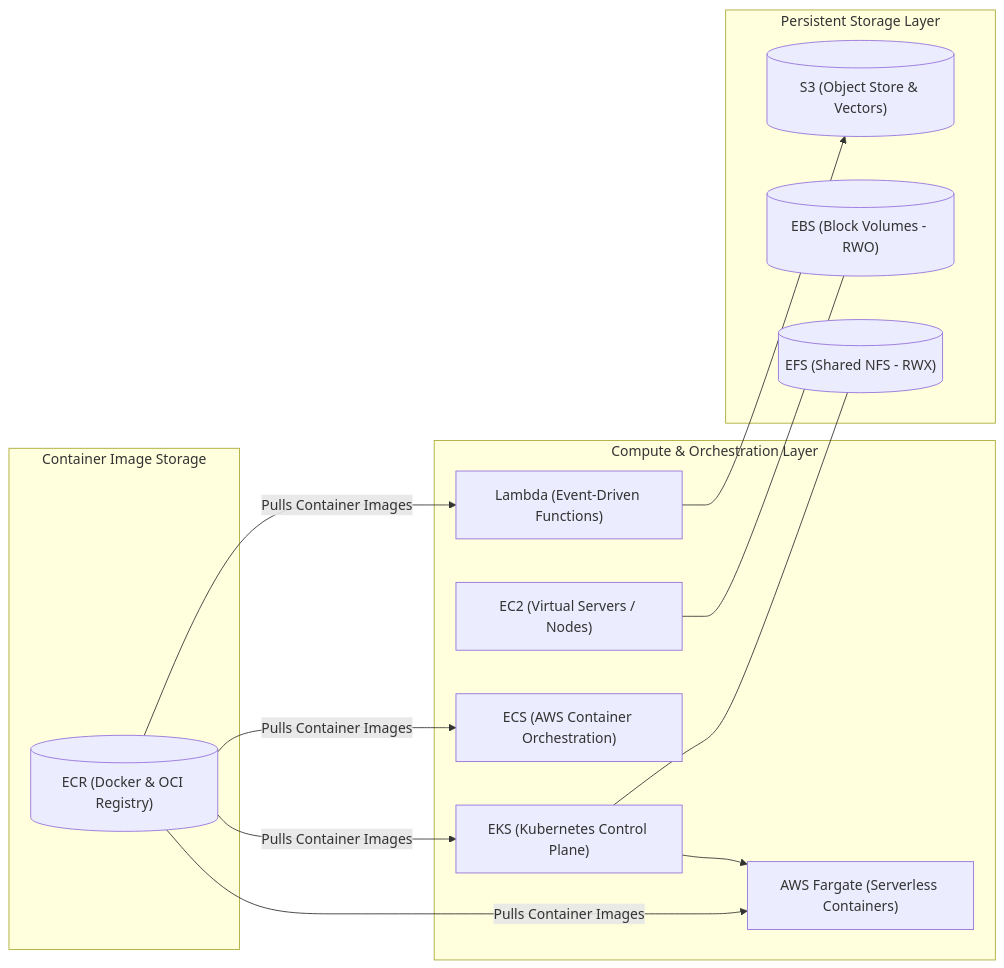
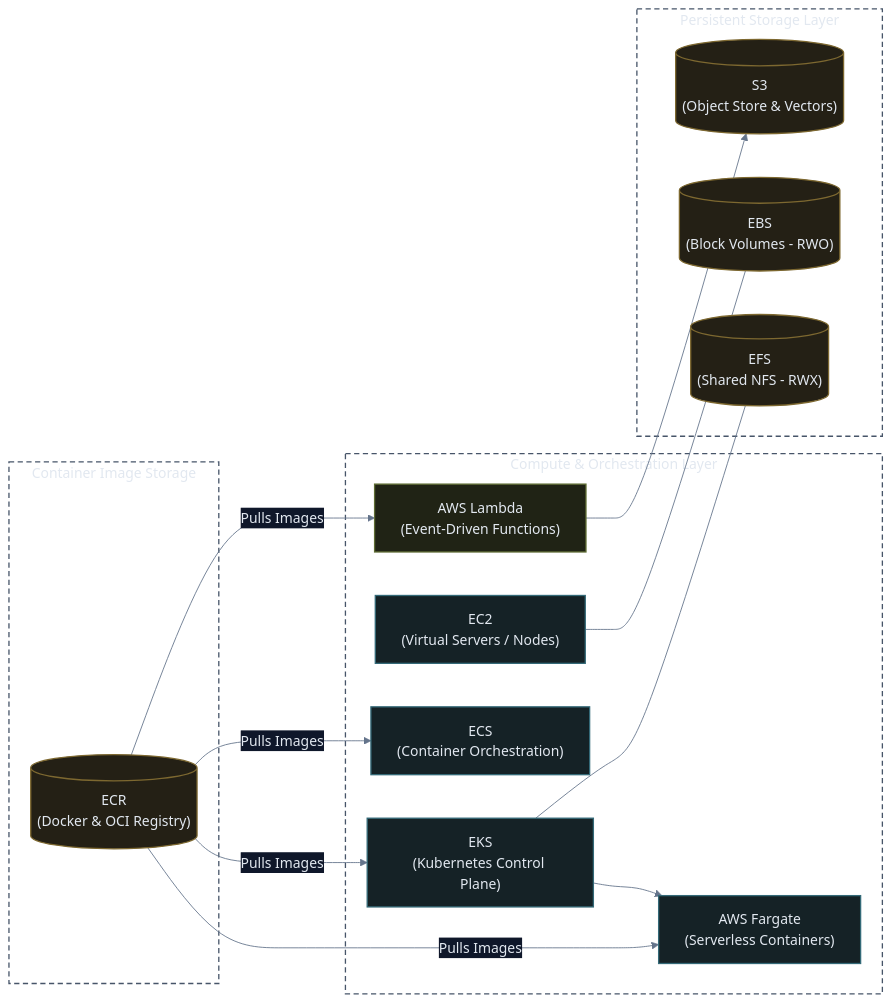
One commit to heinhtetzan/k8s-in-production changed the first of 5 diagrams in 03-aws-services/services.md. Above: the diagram before and after it, drawn with Mermaid. The commit also changed other lines of this file and 4 other files, not shown here.

Commit message:
docs: add dark mode themes and styles to mermaid diagrams in aws architecture docs

````diff
--- a/03-aws-services/services.md
+++ b/03-aws-services/services.md
@@ -36,29 +36,57 @@
 ```mermaid
-flowchart LR
+%%{init: {
+  'theme': 'base',
+  'themeVariables': {
+    'darkMode': true,
+    'background': '#0f172a',
+    'primaryColor': '#1e293b',
+    'primaryTextColor': '#e2e8f0',
+    'primaryBorderColor': '#475569',
+    'lineColor': '#64748b',
+    'textColor': '#e2e8f0',
+    'edgeLabelBackground': '#0f172a'
+  },
+  'themeCSS': '* { filter: none !important; box-shadow: none !important; } .node * { filter: none !important; } .cluster * { filter: none !important; }'
+}}%%
+graph LR
     subgraph Registry["Container Image Storage"]
-        ECR[("ECR (Docker & OCI Registry)")]
+        ECR[("ECR<br/>(Docker & OCI Registry)")]
     end
 
     subgraph Compute["Compute & Orchestration Layer"]
-        EC2["EC2 (Virtual Servers / Nodes)"]
-        EKS["EKS (Kubernetes Control Plane)"]
-        ECS["ECS (AWS Container Orchestration)"]
-        Fargate["AWS Fargate (Serverless Containers)"]
-        Lambda["Lambda (Event-Driven Functions)"]
+        EC2["EC2<br/>(Virtual Servers / Nodes)"]
+        EKS["EKS<br/>(Kubernetes Control Plane)"]
+        ECS["ECS<br/>(Container Orchestration)"]
+        Fargate["AWS Fargate<br/>(Serverless Containers)"]
+        Lambda["AWS Lambda<br/>(Event-Driven Functions)"]
     end
 
     subgraph Storage["Persistent Storage Layer"]
-        S3[("S3 (Object Store & Vectors)")]
-        EBS[("EBS (Block Volumes - RWO)")]
-        EFS[("EFS (Shared NFS - RWX)")]
+        S3[("S3<br/>(Object Store & Vectors)")]
+        EBS[("EBS<br/>(Block Volumes - RWO)")]
+        EFS[("EFS<br/>(Shared NFS - RWX)")]
     end
 
-    ECR -->|Pulls Container Images| EKS
-    ECR -->|Pulls Container Images| ECS
-    ECR -->|Pulls Container Images| Fargate
-    ECR -->|Pulls Container Images| Lambda
+    ECR -->|Pulls Images| EKS
+    ECR -->|Pulls Images| ECS
+    ECR -->|Pulls Images| Fargate
+    ECR -->|Pulls Images| Lambda
     EC2 --- EBS
     EKS --> Fargate
     EKS --- EFS
     Lambda --> S3
+
+    %% Container Boundaries: Transparent BG with Muted Dashed and Dotted Strokes
+    style Registry fill:none,stroke:#475569,stroke-width:1.5px,stroke-dasharray: 6 4,color:#e2e8f0;
+    style Compute fill:none,stroke:#475569,stroke-width:1.5px,stroke-dasharray: 6 4,color:#e2e8f0;
+    style Storage fill:none,stroke:#475569,stroke-width:1.5px,stroke-dasharray: 6 4,color:#e2e8f0;
+
+    %% Component Classes
+    classDef cCompute fill:#152226,stroke:#346a78,stroke-width:1.5px,color:#e2e8f0;
+    classDef cWorker fill:#202315,stroke:#5f6d35,stroke-width:1.5px,color:#e2e8f0;
+    classDef cStorage fill:#242015,stroke:#7d6830,stroke-width:1.5px,color:#e2e8f0;
+
+    class EC2,EKS,ECS,Fargate cCompute;
+    class Lambda cWorker;
+    class ECR,S3,EBS,EFS cStorage;
 ```
````
